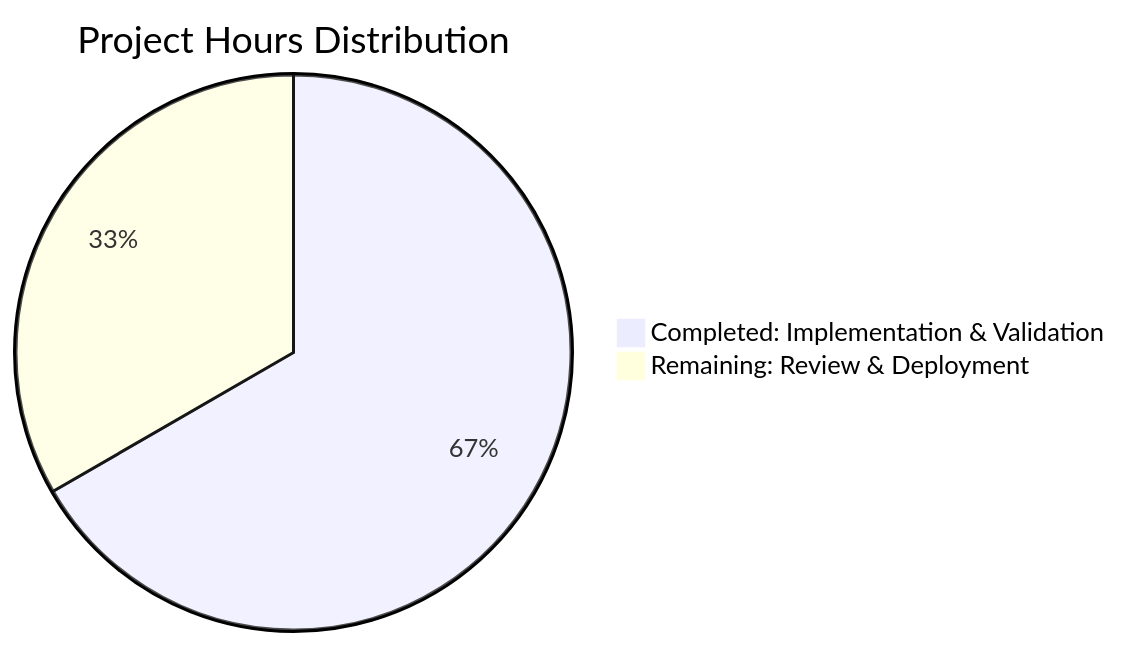
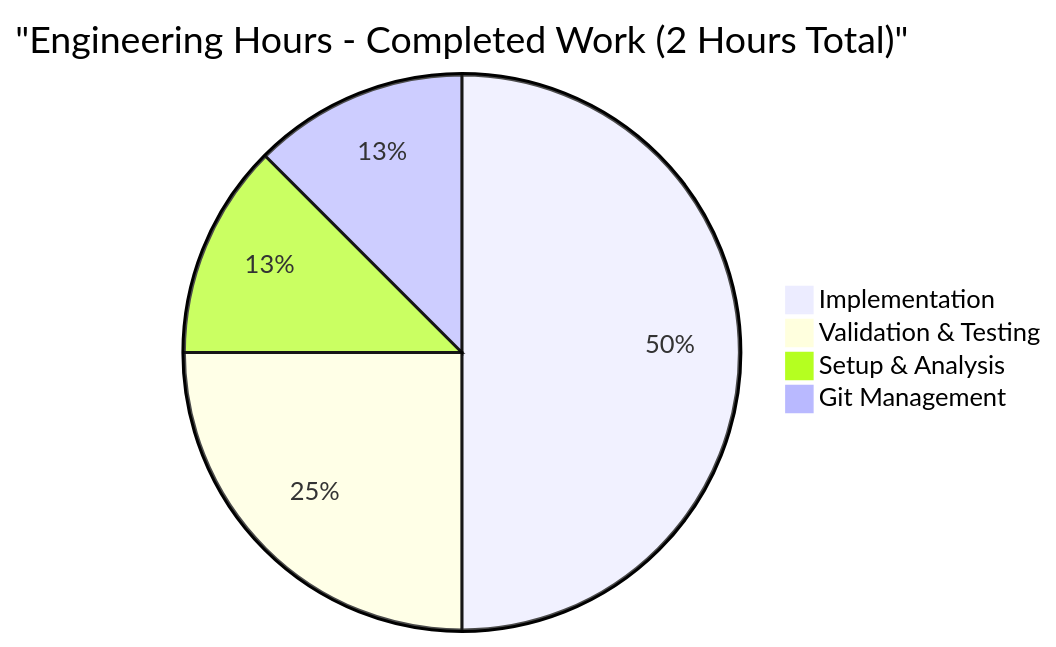
One commit to prasad-blitzy/quick-repo-3 changed the first of 2 diagrams in blitzy/documentation/Project Guide.md. Above: the diagram before and after it, drawn with Mermaid. The commit also changed other lines of this file, not shown here.

Commit message:
Adding Blitzy Project Guide: Project Status and Human Tasks Remaining

````diff
--- a/blitzy/documentation/Project Guide.md
+++ b/blitzy/documentation/Project Guide.md
@@ -257,5 +72,7 @@
 ```mermaid
-pie title Project Hours Distribution
-    "Completed: Implementation & Validation" : 2.0
-    "Remaining: Review & Deployment" : 1.0
+pie title "Engineering Hours - Completed Work (2 Hours Total)"
+    "Implementation" : 1.0
+    "Validation & Testing" : 0.5
+    "Setup & Analysis" : 0.25
+    "Git Management" : 0.25
 ```
````
